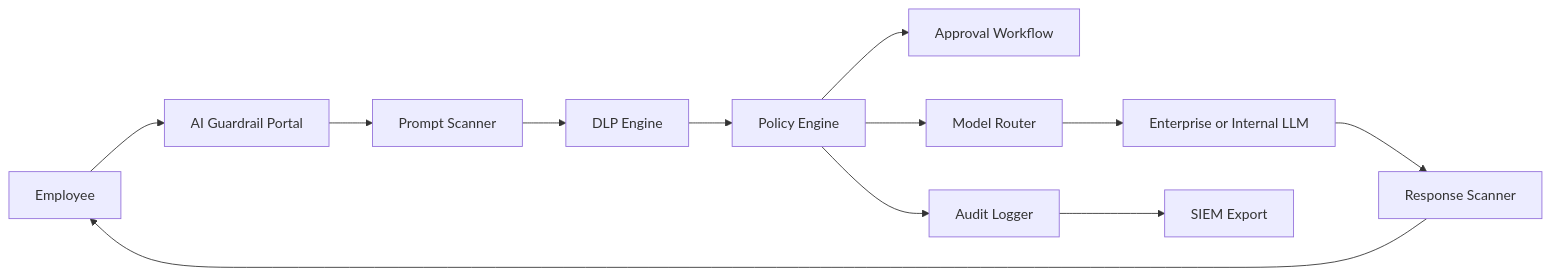
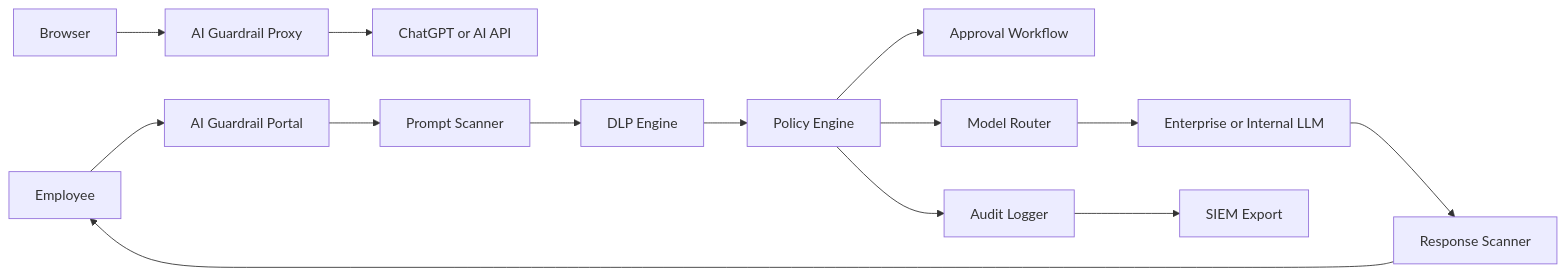
One commit to rajbhadrannavar17/AI-Guardrail changed the diagram in README.md. Above: the diagram before and after it, drawn with Mermaid. The commit also changed other lines of this file and 11 other files, not shown here.

Commit message:
Add proxy guardrail with PDF scanning

````diff
--- a/README.md
+++ b/README.md
@@ -127,14 +189,16 @@
 ```mermaid
 flowchart LR
   Employee --> Portal[AI Guardrail Portal]
+  Browser[Browser] --> Proxy[AI Guardrail Proxy]
+  Proxy --> AIService[ChatGPT or AI API]
   Portal --> Scanner[Prompt Scanner]
   Scanner --> DLP[DLP Engine]
   DLP --> Policy[Policy Engine]
   Policy --> Approval[Approval Workflow]
   Policy --> Router[Model Router]
   Router --> LLM[Enterprise or Internal LLM]
   LLM --> Response[Response Scanner]
   Response --> Employee
   Policy --> Audit[Audit Logger]
   Audit --> SIEM[SIEM Export]
 ```
````
